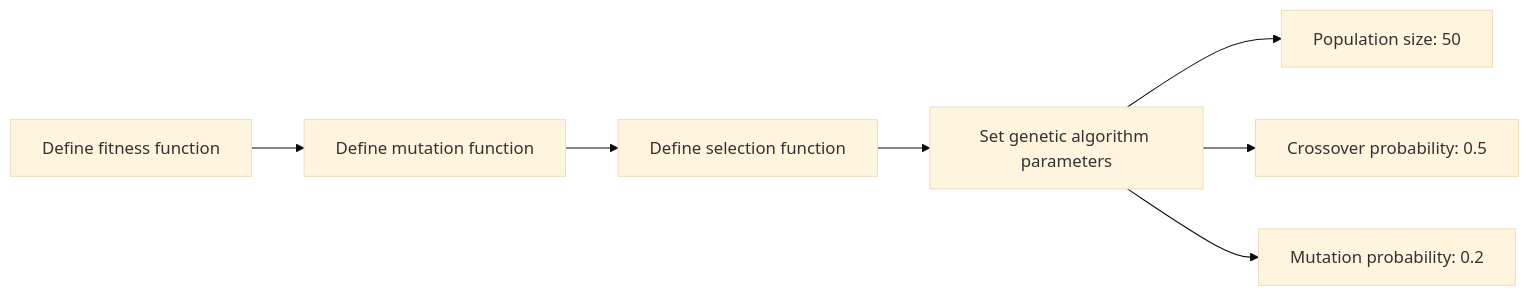
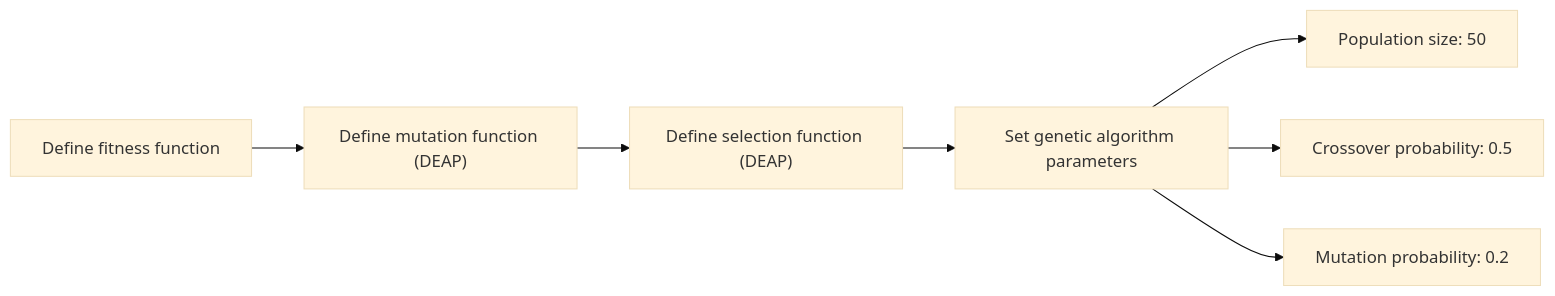
One commit to rtenacity/dark-matter-genetic changed the third of 4 diagrams in slides/slides.md. Above: the diagram before and after it, drawn with Mermaid (base theme). The commit also changed other lines of this file, not shown here.

````diff
--- a/slides/slides.md
+++ b/slides/slides.md
@@ -226,9 +236,9 @@
 ```mermaid
   flowchart LR
-        F[Define fitness function] --> G[Define mutation function]
-        G --> H[Define selection function]
+        F[Define fitness function] --> G["Define mutation function (DEAP)"]
+        G --> H["Define selection function (DEAP)"]
         H --> I[Set genetic algorithm parameters]
         I --> I1[Population size: 50]
         I --> I2[Crossover probability: 0.5]
         I --> I3[Mutation probability: 0.2]
 ```
````
